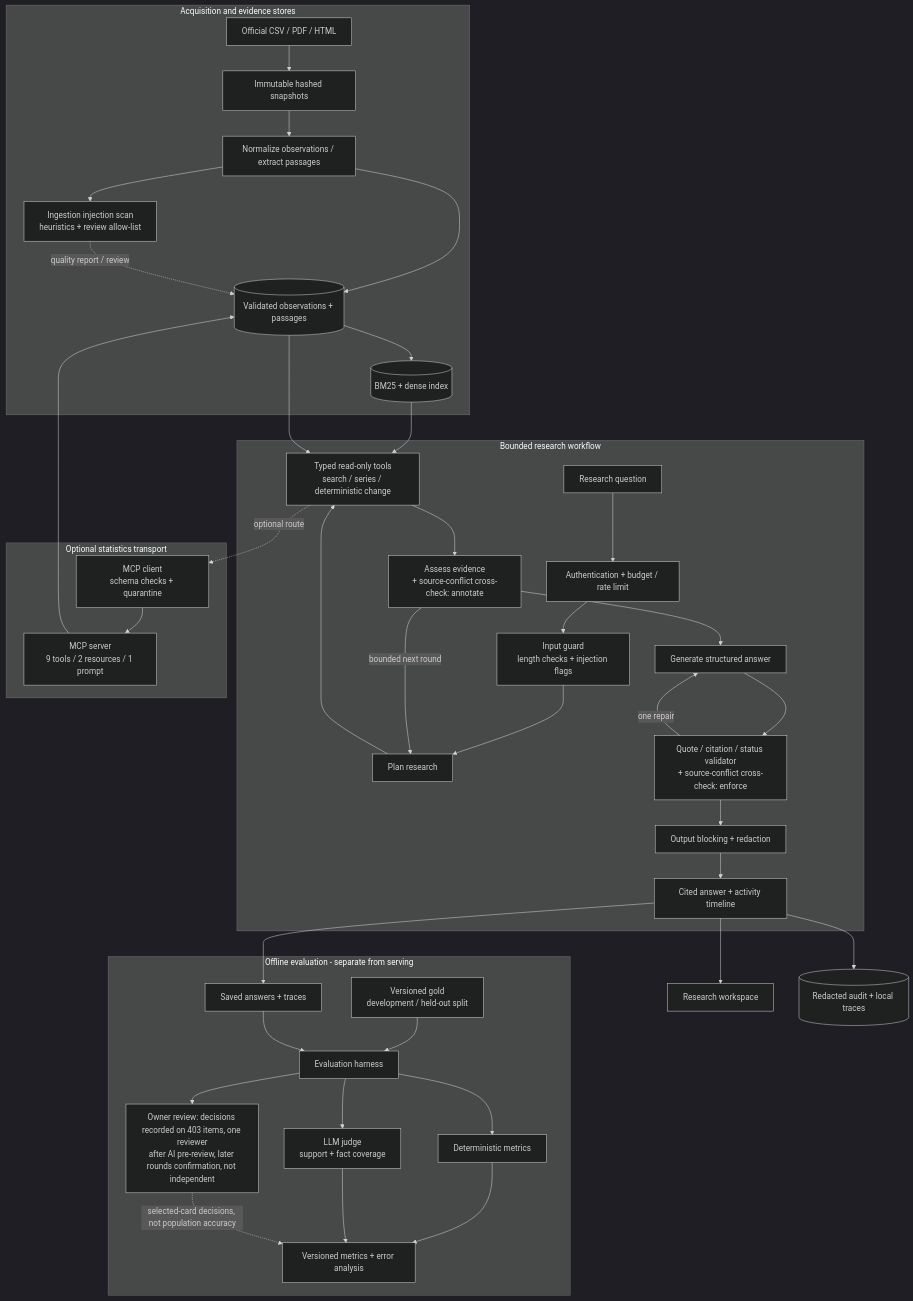
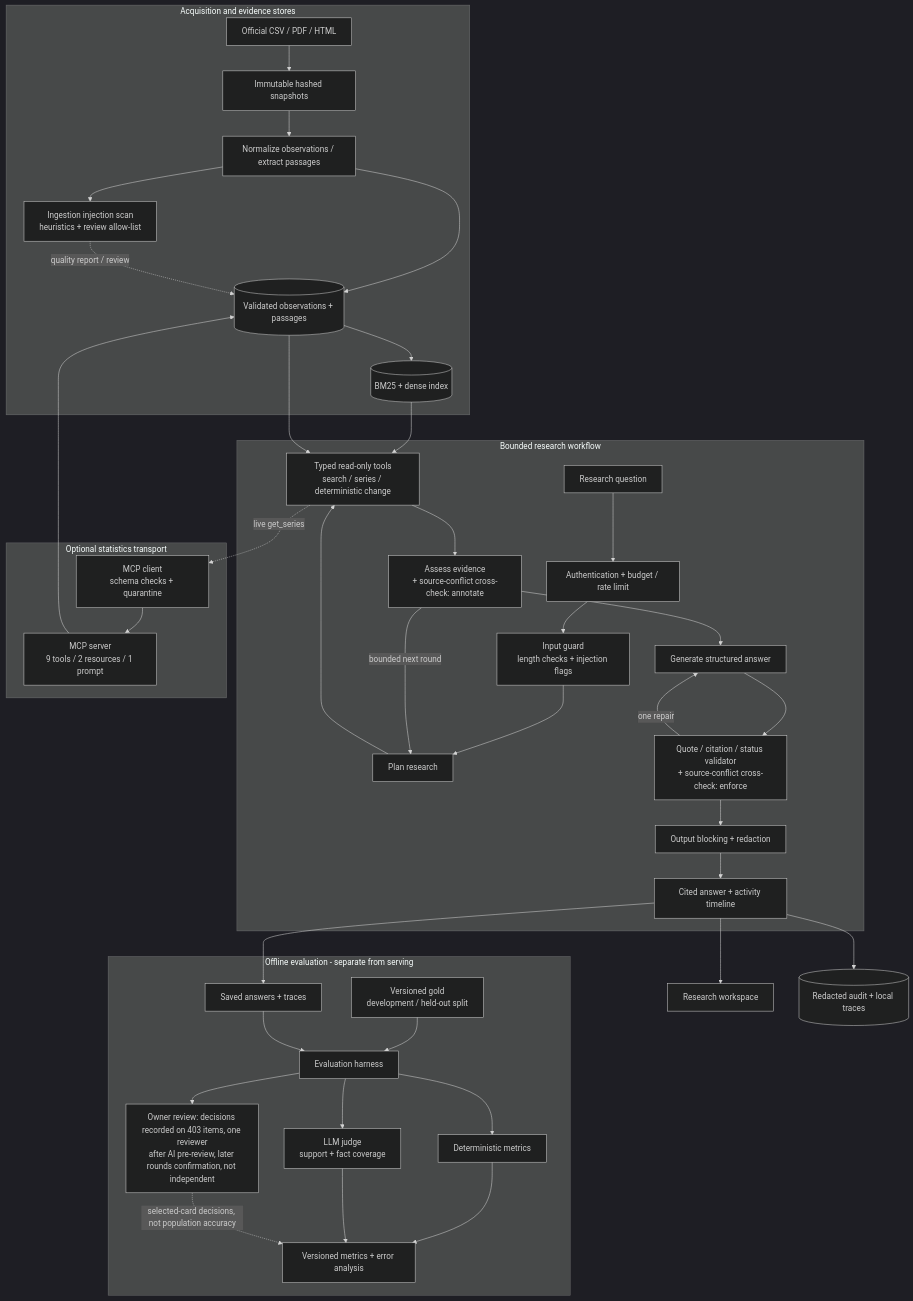
One commit to mihirkhandekar/labourlens changed the diagram in docs/architecture.md. Above: the diagram before and after it, drawn with Mermaid (dark theme). The commit also changed other lines of this file and 23 other files, not shown here.

Commit message:
Live app routes get_series through the local MCP server (D-053)

````diff
--- a/docs/architecture.md
+++ b/docs/architecture.md
@@ -32,46 +32,46 @@
 ```mermaid
 flowchart TB
   subgraph Data["Acquisition and evidence stores"]
     SOURCE[Official CSV / PDF / HTML] --> SNAP[Immutable hashed snapshots]
     SNAP --> PARSE[Normalize observations / extract passages]
     PARSE --> SCAN[Ingestion injection scan<br/>heuristics + review allow-list]
     PARSE --> STORE[(Validated observations + passages)]
     STORE --> INDEX[(BM25 + dense index)]
     SCAN -. quality report / review .-> STORE
   end
   subgraph Runtime["Bounded research workflow"]
     USER[Research question] --> ADMIT[Authentication + budget / rate limit]
     ADMIT --> INPUT[Input guard<br/>length checks + injection flags]
     INPUT --> PLAN[Plan research]
     PLAN --> TOOLS[Typed read-only tools<br/>search / series / deterministic change]
     TOOLS --> ASSESS[Assess evidence<br/>+ source-conflict cross-check: annotate]
     ASSESS -->|bounded next round| PLAN
     ASSESS --> ANSWER[Generate structured answer]
     ANSWER --> VALID[Quote / citation / status validator<br/>+ source-conflict cross-check: enforce]
     VALID -->|one repair| ANSWER
     VALID --> REDACT[Output blocking + redaction]
     REDACT --> OUT[Cited answer + activity timeline]
   end
   subgraph MCP["Optional statistics transport"]
     CLIENT[MCP client<br/>schema checks + quarantine]
     SERVER[MCP server<br/>9 tools / 2 resources / 1 prompt]
     CLIENT --> SERVER
   end
   subgraph Evaluation["Offline evaluation - separate from serving"]
     GOLD[Versioned gold<br/>development / held-out split] --> HARNESS[Evaluation harness]
     RUNS[Saved answers + traces] --> HARNESS
     HARNESS --> DETER[Deterministic metrics]
     HARNESS --> JUDGE[LLM judge<br/>support + fact coverage]
     HARNESS --> HUMAN[Owner review: decisions recorded on 403 items, one reviewer<br/>after AI pre-review, later rounds confirmation, not independent]
     DETER --> REPORT[Versioned metrics + error analysis]
     JUDGE --> REPORT
     HUMAN -. selected-card decisions, not population accuracy .-> REPORT
   end
   INDEX --> TOOLS
   STORE --> TOOLS
-  TOOLS -. optional route .-> CLIENT
+  TOOLS -. live get_series .-> CLIENT
   SERVER --> STORE
   OUT --> RUNS
   OUT --> WEB[Research workspace]
   OUT --> AUDIT[(Redacted audit + local traces)]
 ```
````
